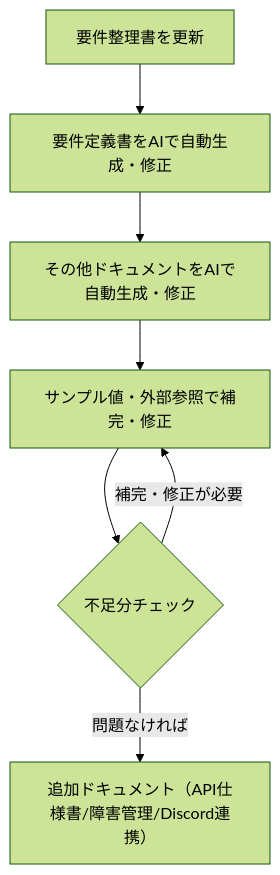
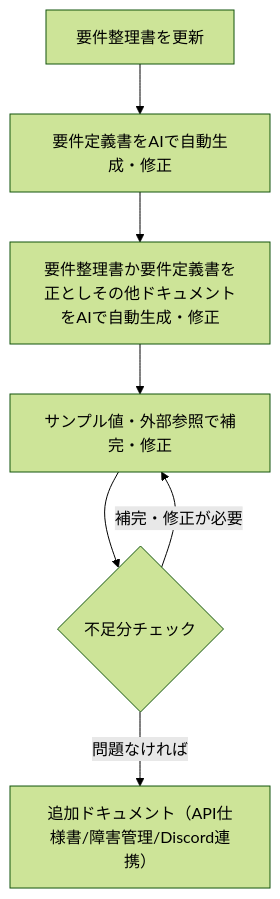
Before and after one commit to deidra-JP-windows/front-web-site-for-riften-terraform: the first of 2 diagrams in README.md, drawn with Mermaid (forest theme). The commit also changed 1 other file, not shown here.

Commit message:
[Github Actions 修正]_README・ソース修正

````diff
--- a/README.md
+++ b/README.md
@@ -17,12 +17,12 @@
 ```mermaid
 flowchart TD
   A[要件整理書を更新]
   B[要件定義書をAIで自動生成・修正]
-  C[その他ドキュメントをAIで自動生成・修正]
+  C[要件整理書か要件定義書を正としその他ドキュメントをAIで自動生成・修正]
   D[サンプル値・外部参照で補完・修正]
   E{不足分チェック}
   F[追加ドキュメント（API仕様書/障害管理/Discord連携）]
   A --> B --> C --> D --> E
   E -- 補完・修正が必要 --> D
   E -- 問題なければ --> F
 ```
````
